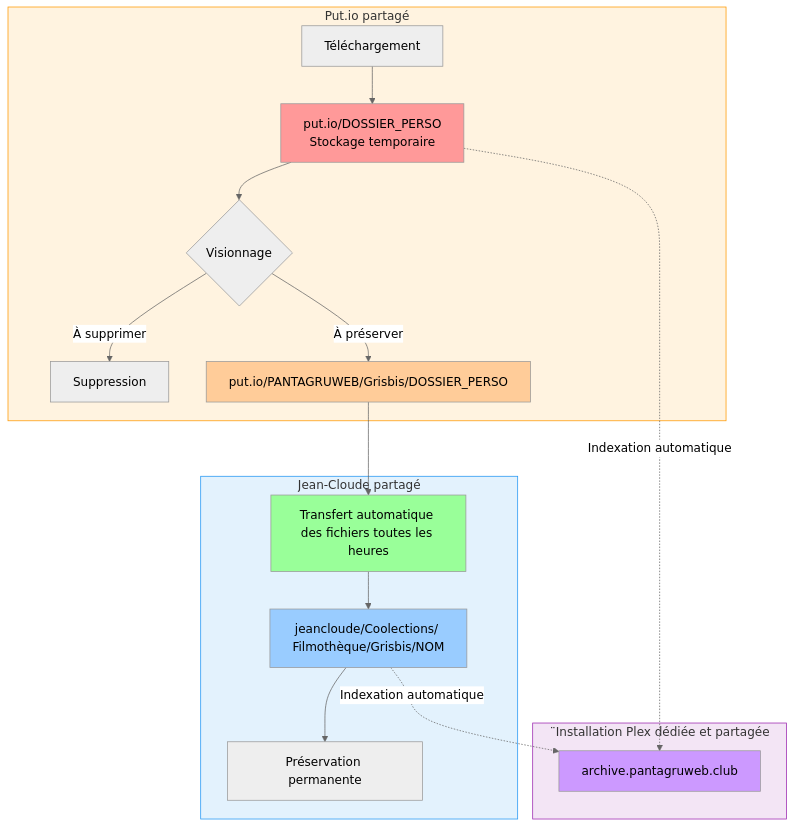
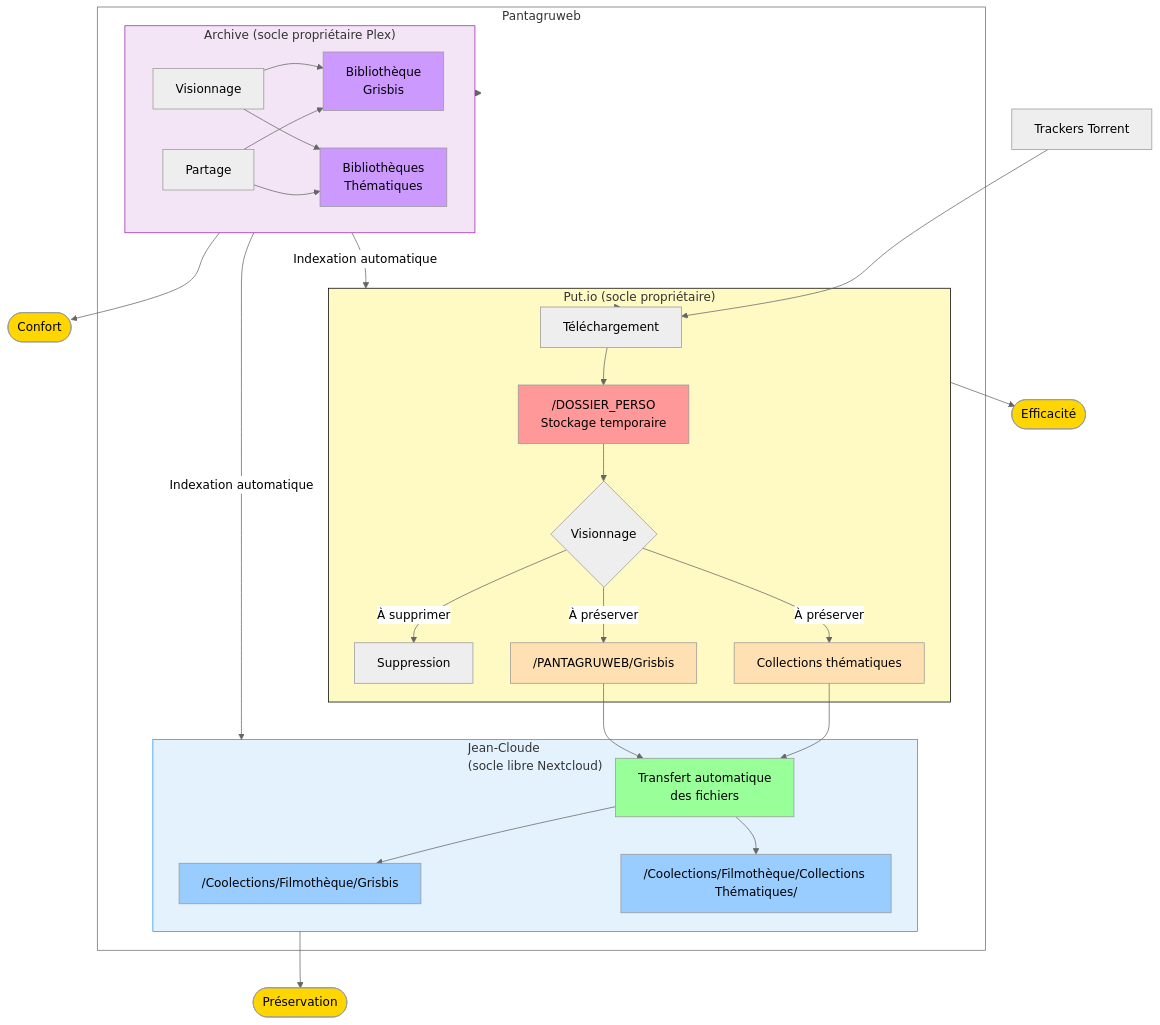
Before and after one commit to constructions-incongrues/pantagruweb: the diagram in docs/index.md, drawn with Mermaid (neutral theme). The commit also changed other lines of this file, not shown here.

Commit message:
doc: vue d'ensemble

````diff
--- a/docs/index.md
+++ b/docs/index.md
@@ -1,33 +3,62 @@
 ```mermaid
-flowchart TD
-    subgraph USER["Put.io partagé"]
-        A[Téléchargement] --> B["put.io/DOSSIER_PERSO
-            Stockage temporaire"]
-        B --> C{Visionnage}
-        C -->|À supprimer| D[Suppression]
-        C -->|À préserver| E["put.io/PANTAGRUWEB/Grisbis/DOSSIER_PERSO"]
+flowchart TB
+    A3["Trackers Torrent"] --> A
+    subgraph PUTIO["Put.io (socle propriétaire)"]
+        B["/DOSSIER_PERSO
+                Stockage temporaire"]
+        A["Téléchargement"]
+        C{"Visionnage"}
+        D["Suppression"]
+        E["/PANTAGRUWEB/Grisbis"]
+        A2["Collections thématiques"]
     end
+    subgraph NEXTCLOUD["Jean-Cloude
+    (socle libre Nextcloud)"]
+        G1["/Coolections/Filmothèque/Grisbis"]
+        F1["Transfert automatique
+        des fichiers"]
+        G2["/Coolections/Filmothèque/Collections Thématiques/"]
+    end
+    subgraph PLEX["Archive (socle propriétaire Plex)"]
+        H1["Bibliothèque
+        Grisbis"]
+        H2["Bibliothèques
+        Thématiques"]
 
-    E --> F[Transfert automatique des fichiers toutes les heures]
-
-    subgraph SHARED["Jean-Cloude partagé"]
-        F --> G["jeancloude/Coolections/ Filmothèque/Grisbis/NOM"]
-        G --> I[Préservation permanente]
+        J1["Visionnage"] --> H1
+        J1["Visionnage"] --> H2
+        J2["Partage"] --> H1
+        J2["Partage"] --> H2
     end
-
-    subgraph PLEX["¨Installation Plex dédiée et partagée"]
-        H[archive.pantagruweb.club]
+    subgraph PANTAGRUWEB["Pantagruweb"]
+        PUTIO
+        NEXTCLOUD
+        PLEX
     end
-
-    B -.->|Indexation automatique| H
-    G -.->|Indexation automatique| H
-
+    A --> B
+    B --> C
+    C -- À supprimer --> D
+    C -- À préserver --> E & A2
+    E --> F1
+    F1 --> G1 & G2
+    PLEX --> PANTAGRUWEB & PANTAGRUWEB & n2(["Confort"])
+    PUTIO --> PANTAGRUWEB & n3(["Efficacité"])
+    A2 --> F1
+    PLEX -- Indexation automatique --> NEXTCLOUD & PUTIO
+    NEXTCLOUD --> n4(["Préservation"])
     style B fill:#ff9999
-    style E fill:#ffcc99
-    style G fill:#99ccff
-    style H fill:#cc99ff
-    style F fill:#99ff99
-    style USER fill:#fff3e0,stroke:#ff9800
-    style SHARED fill:#e3f2fd,stroke:#2196f3
+    style E fill:#FFE0B2
+    style A2 fill:#FFE0B2
+    style G1 fill:#99ccff
+    style F1 fill:#99ff99
+    style G2 fill:#99ccff
+    style H1 fill:#cc99ff
+    style H2 fill:#cc99ff
+    style PUTIO stroke:#000000,fill:#FFF9C4
+    style NEXTCLOUD fill:#e3f2fd,stroke:#2196f3
     style PLEX fill:#f3e5f5,stroke:#9c27b0
+    style PANTAGRUWEB color:none,fill:transparent
+    style n2 fill:#FFD600
+    style n3 fill:#FFD600
+    style n4 fill:#FFD600
 ```
````
